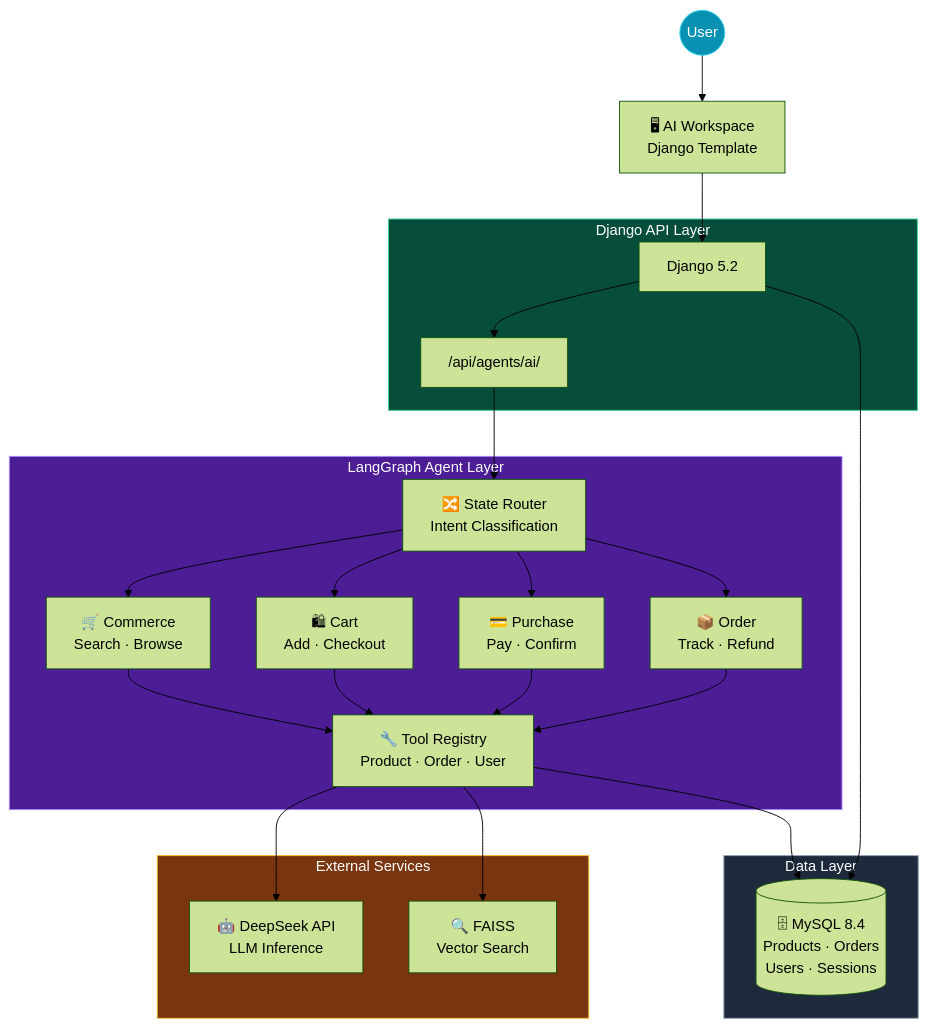
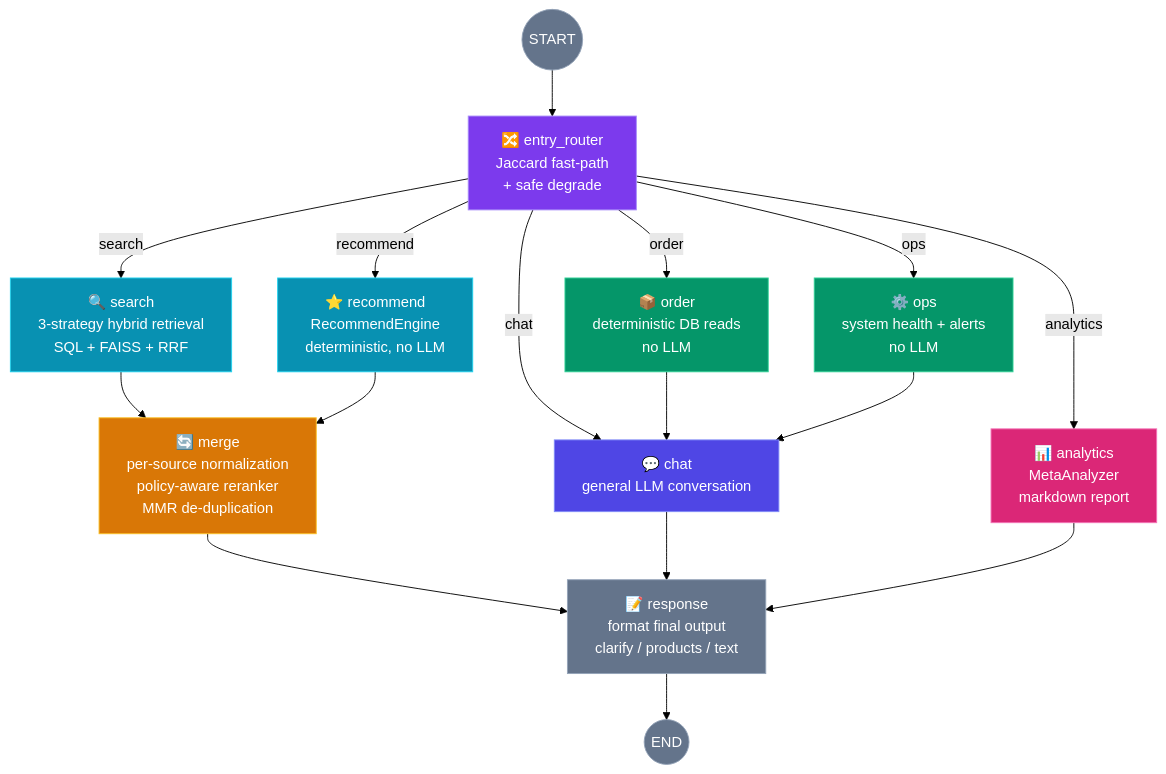
Before and after one commit to Wayne-git802/shopease-agent: the diagram in README.md, drawn with Mermaid (forest theme). The commit also changed other lines of this file, not shown here.

Commit message:
docs: rewrite README with accurate agent graph architecture

````diff
--- a/README.md
+++ b/README.md
@@ -39,50 +18,37 @@
 ```mermaid
 graph TB
-    User((User)) --> Workspace["🖥 AI Workspace<br/>Django Template"]
-    
-    subgraph API["Django API Layer"]
-        Django["Django 5.2"]
-        AgentEntry["/api/agents/ai/"]
-        Django --> AgentEntry
-    end
-    
-    Workspace --> Django
-    
-    subgraph Agents["LangGraph Agent Layer"]
-        Router["🔀 State Router<br/>Intent Classification"]
-        Commerce["🛒 Commerce<br/>Search · Browse"]
-        Cart["🛍 Cart<br/>Add · Checkout"]
-        Purchase["💳 Purchase<br/>Pay · Confirm"]
-        Order["📦 Order<br/>Track · Refund"]
-        Tools["🔧 Tool Registry<br/>Product · Order · User"]
-        
-        Router --> Commerce
-        Router --> Cart
-        Router --> Purchase
-        Router --> Order
-        Commerce & Cart & Purchase & Order --> Tools
-    end
-    
-    AgentEntry --> Router
-    
-    subgraph External["External Services"]
-        DeepSeek["🤖 DeepSeek API<br/>LLM Inference"]
-        FAISS["🔍 FAISS<br/>Vector Search"]
-    end
-    
-    Tools --> DeepSeek
-    Tools --> FAISS
-    
-    subgraph Data["Data Layer"]
-        MySQL[("🗄 MySQL 8.4<br/>Products · Orders<br/>Users · Sessions")]
-    end
-    
-    Tools --> MySQL
-    Django --> MySQL
+    Start((START)) --> EntryRouter
 
-    style User fill:#0891b2,stroke:#22d3ee,color:#fff
-    style Agents fill:#4c1d95,stroke:#a78bfa,color:#fff
-    style API fill:#064e3b,stroke:#34d399,color:#fff
-    style External fill:#78350f,stroke:#fbbf24,color:#fff
-    style Data fill:#1e293b,stroke:#94a3b8,color:#fff
+    EntryRouter["🔀 entry_router<br/>Jaccard fast-path<br/>+ safe degrade"] 
+
+    EntryRouter -->|"search"| Search["🔍 search<br/>3-strategy hybrid retrieval<br/>SQL + FAISS + RRF"]
+    EntryRouter -->|"recommend"| Recommend["⭐ recommend<br/>RecommendEngine<br/>deterministic, no LLM"]
+    EntryRouter -->|"order"| Order["📦 order<br/>deterministic DB reads<br/>no LLM"]
+    EntryRouter -->|"ops"| Ops["⚙️ ops<br/>system health + alerts<br/>no LLM"]
+    EntryRouter -->|"analytics"| Analytics["📊 analytics<br/>MetaAnalyzer<br/>markdown report"]
+    EntryRouter -->|"chat"| Chat["💬 chat<br/>general LLM conversation"]
+
+    Search --> Merge
+    Recommend --> Merge
+
+    Merge["🔄 merge<br/>per-source normalization<br/>policy-aware reranker<br/>MMR de-duplication"] --> Response
+
+    Order --> Chat
+    Ops --> Chat
+    Chat --> Response
+    Analytics --> Response
+
+    Response["📝 response<br/>format final output<br/>clarify / products / text"] --> End((END))
+
+    style Start fill:#64748b,stroke:#94a3b8,color:#fff
+    style End fill:#64748b,stroke:#94a3b8,color:#fff
+    style EntryRouter fill:#7c3aed,stroke:#a78bfa,color:#fff
+    style Search fill:#0891b2,stroke:#22d3ee,color:#fff
+    style Recommend fill:#0891b2,stroke:#22d3ee,color:#fff
+    style Merge fill:#d97706,stroke:#fbbf24,color:#fff
+    style Order fill:#059669,stroke:#34d399,color:#fff
+    style Ops fill:#059669,stroke:#34d399,color:#fff
+    style Analytics fill:#db2777,stroke:#f472b6,color:#fff
+    style Chat fill:#4f46e5,stroke:#818cf8,color:#fff
+    style Response fill:#64748b,stroke:#94a3b8,color:#fff
 ```
````
